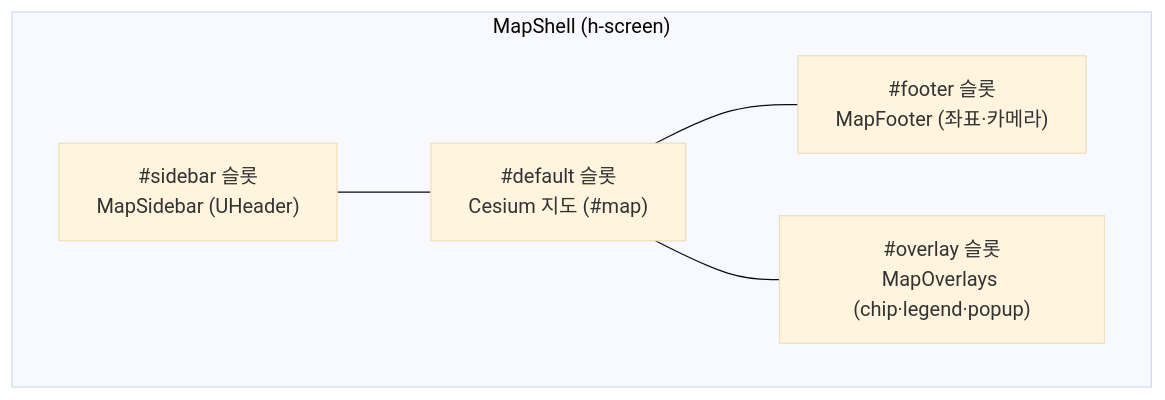
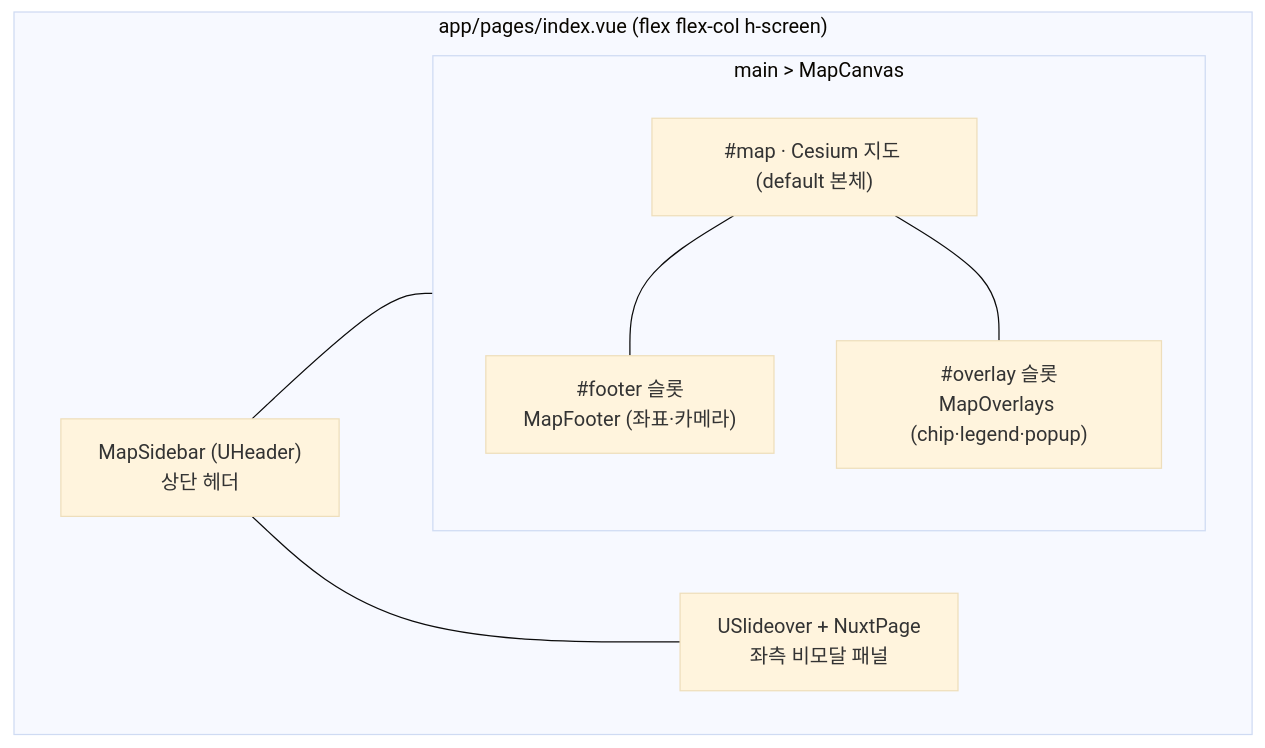
The first of 3 diagrams in docs/design-wiki/D4-Screens-and-Flows.md (gomj-runnable/runnable2.0), drawn with Mermaid (base theme) before and after one commit. The commit also changed other lines of this file and 50 other files, not shown here.

First line of the commit message:
refactor(map): map-shell 위젯을 map-page로 리네임 + 참조·문서 갱신

````diff
--- a/docs/design-wiki/D4-Screens-and-Flows.md
+++ b/docs/design-wiki/D4-Screens-and-Flows.md
@@ -26,12 +26,16 @@
 ```mermaid
 flowchart TB
-    subgraph Shell["MapShell (h-screen)"]
-        SB["#sidebar 슬롯<br/>MapSidebar (UHeader)"]
-        MAP["#default 슬롯<br/>Cesium 지도 (#map)"]
-        FT["#footer 슬롯<br/>MapFooter (좌표·카메라)"]
-        OV["#overlay 슬롯<br/>MapOverlays (chip·legend·popup)"]
+    subgraph Page["app/pages/index.vue (flex flex-col h-screen)"]
+        SB["MapSidebar (UHeader)<br/>상단 헤더"]
+        subgraph Canvas["main > MapCanvas"]
+            MAP["#map · Cesium 지도 (default 본체)"]
+            FT["#footer 슬롯<br/>MapFooter (좌표·카메라)"]
+            OV["#overlay 슬롯<br/>MapOverlays (chip·legend·popup)"]
+        end
+        SO["USlideover + NuxtPage<br/>좌측 비모달 패널"]
     end
-    SB --- MAP
+    SB --- Canvas
     MAP --- FT
     MAP --- OV
+    SB --- SO
 ```
````
